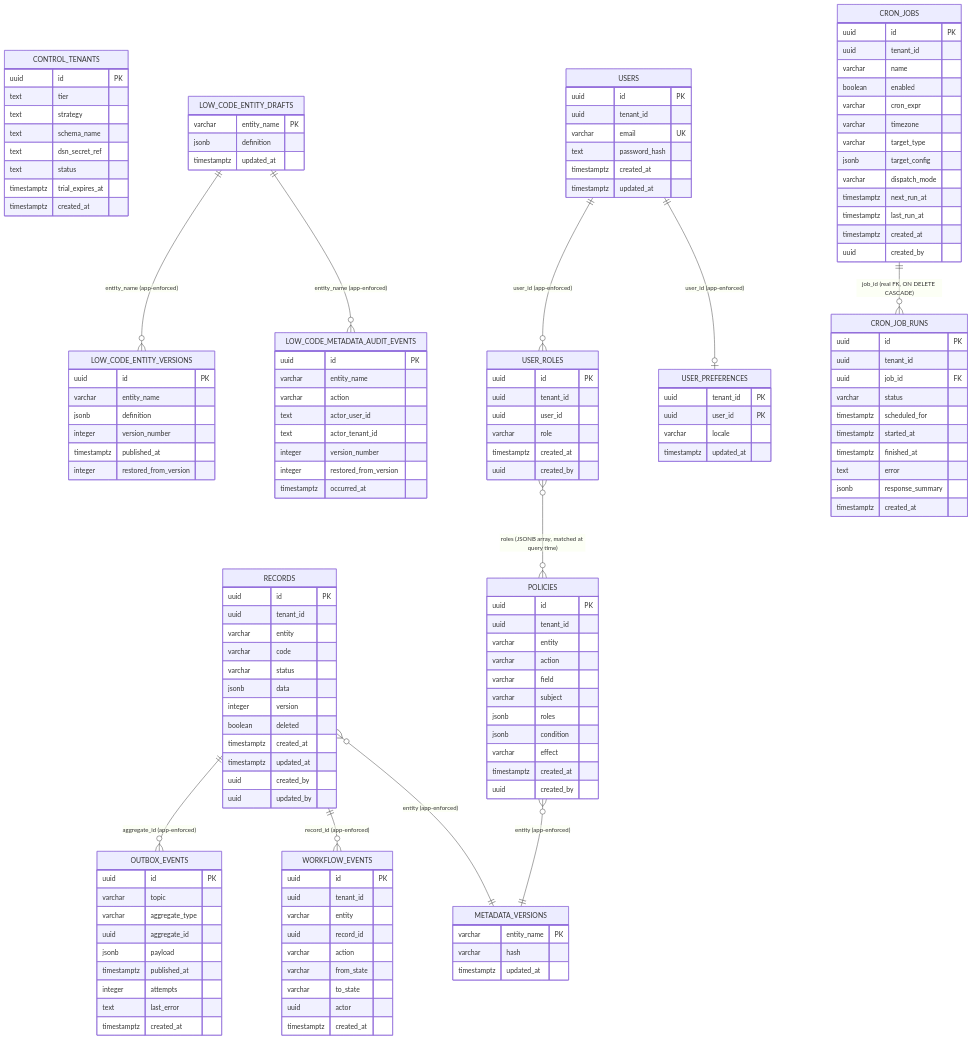
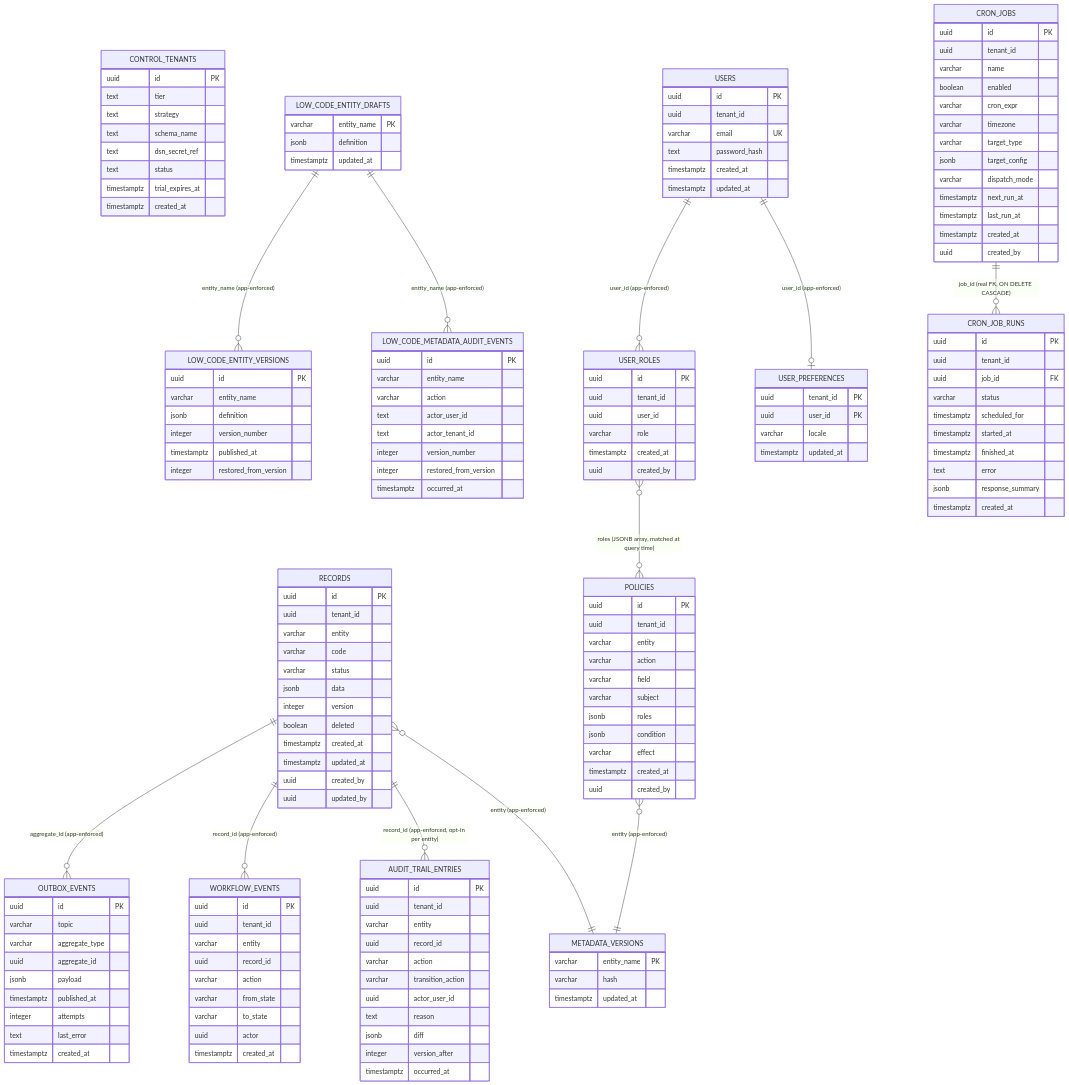
Before and after one commit to metap-org/metap-docs: the diagram in docs/architectures/05-building-blocks/04-data-model.md, drawn with Mermaid. The commit also changed other lines of this file and 8 other files, not shown here.

First line of the commit message:
Add audit finding 05 (CrudService audit trail) + close audit-04 backlog

```diff
--- a/docs/architectures/05-building-blocks/04-data-model.md
+++ b/docs/architectures/05-building-blocks/04-data-model.md
@@ -79,6 +79,19 @@
     varchar to_state
     uuid actor
     timestamptz created_at
+  }
+  AUDIT_TRAIL_ENTRIES {
+    uuid id PK
+    uuid tenant_id
+    varchar entity
+    uuid record_id
+    varchar action
+    varchar transition_action
+    uuid actor_user_id
+    text reason
+    jsonb diff
+    integer version_after
+    timestamptz occurred_at
   }
   USER_ROLES {
     uuid id PK
@@ -183,6 +196,7 @@
 
   RECORDS ||--o{ OUTBOX_EVENTS : "aggregate_id (app-enforced)"
   RECORDS ||--o{ WORKFLOW_EVENTS : "record_id (app-enforced)"
+  RECORDS ||--o{ AUDIT_TRAIL_ENTRIES : "record_id (app-enforced, opt-in per entity)"
   RECORDS }o--|| METADATA_VERSIONS : "entity (app-enforced)"
   POLICIES }o--|| METADATA_VERSIONS : "entity (app-enforced)"
   USER_ROLES }o--o{ POLICIES : "roles (JSONB array, matched at query time)"
```
